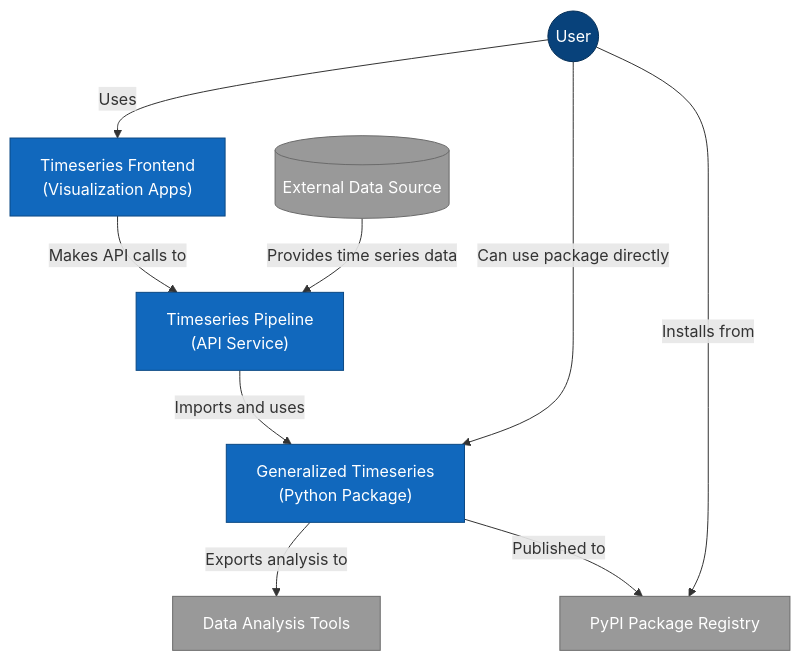
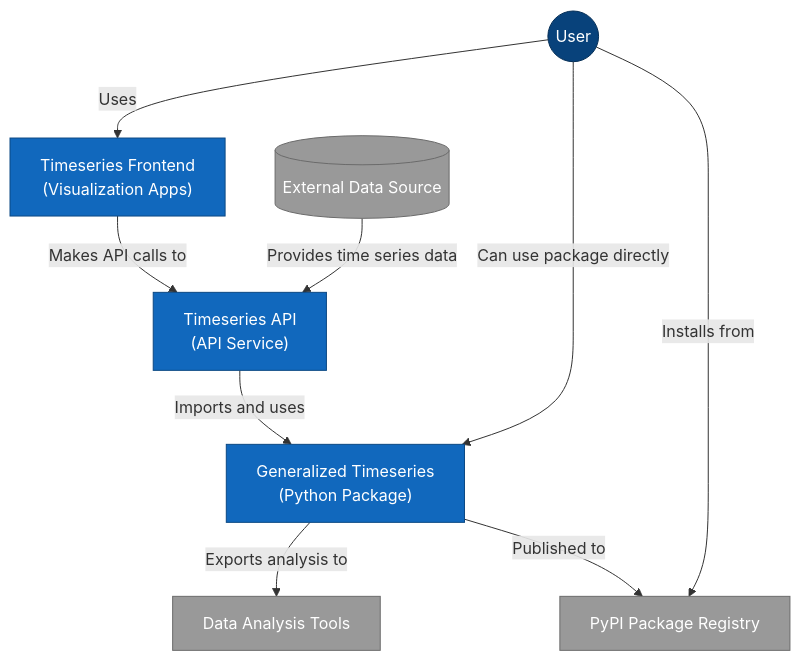
The first of 5 diagrams in README.md (garthmortensen/timeseries-api), drawn with Mermaid before and after one commit. The commit also changed other lines of this file and 22 other files, not shown here.

Commit message:
Rename: Rename to timeseries-api

````diff
--- a/README.md
+++ b/README.md
@@ -41,29 +43,29 @@
 ```mermaid
 flowchart TB
     %% Styling
     classDef person fill:#08427B,color:#fff,stroke:#052E56,stroke-width:1px
     classDef system fill:#1168BD,color:#fff,stroke:#0B4884,stroke-width:1px
     classDef external fill:#999999,color:#fff,stroke:#6B6B6B,stroke-width:1px
     %% Actors and Systems
     User((User)):::person
     %% Main Systems
     TimeSeriesFrontend["Timeseries Frontend
     (Visualization Apps)"]:::system
-    TimeSeriesPipeline["Timeseries Pipeline
+    TimeSeriesPipeline["Timeseries API
     (API Service)"]:::system
     GeneralizedTimeseries["Generalized Timeseries
     (Python Package)"]:::system
     %% External Systems
     ExternalDataSource[(External Data Source)]:::external
     AnalysisTool["Data Analysis Tools"]:::external
     PyPI["PyPI Package Registry"]:::external
     %% Relationships
     User -- "Uses" --> TimeSeriesFrontend
     TimeSeriesFrontend -- "Makes API calls to" --> TimeSeriesPipeline
     TimeSeriesPipeline -- "Imports and uses" --> GeneralizedTimeseries
     User -- "Can use package directly" --> GeneralizedTimeseries  
     ExternalDataSource -- "Provides time series data" --> TimeSeriesPipeline
     GeneralizedTimeseries -- "Exports analysis to" --> AnalysisTool
     GeneralizedTimeseries -- "Published to" --> PyPI
     User -- "Installs from" --> PyPI
 ```
````
